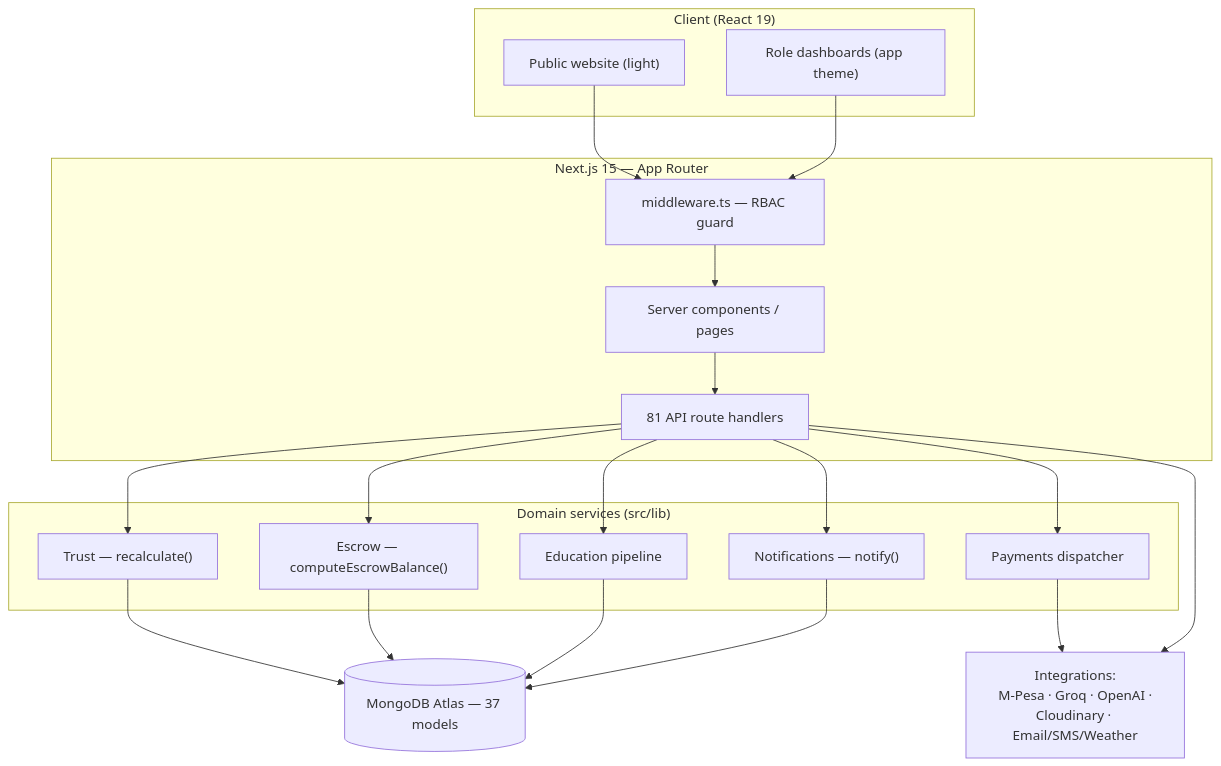
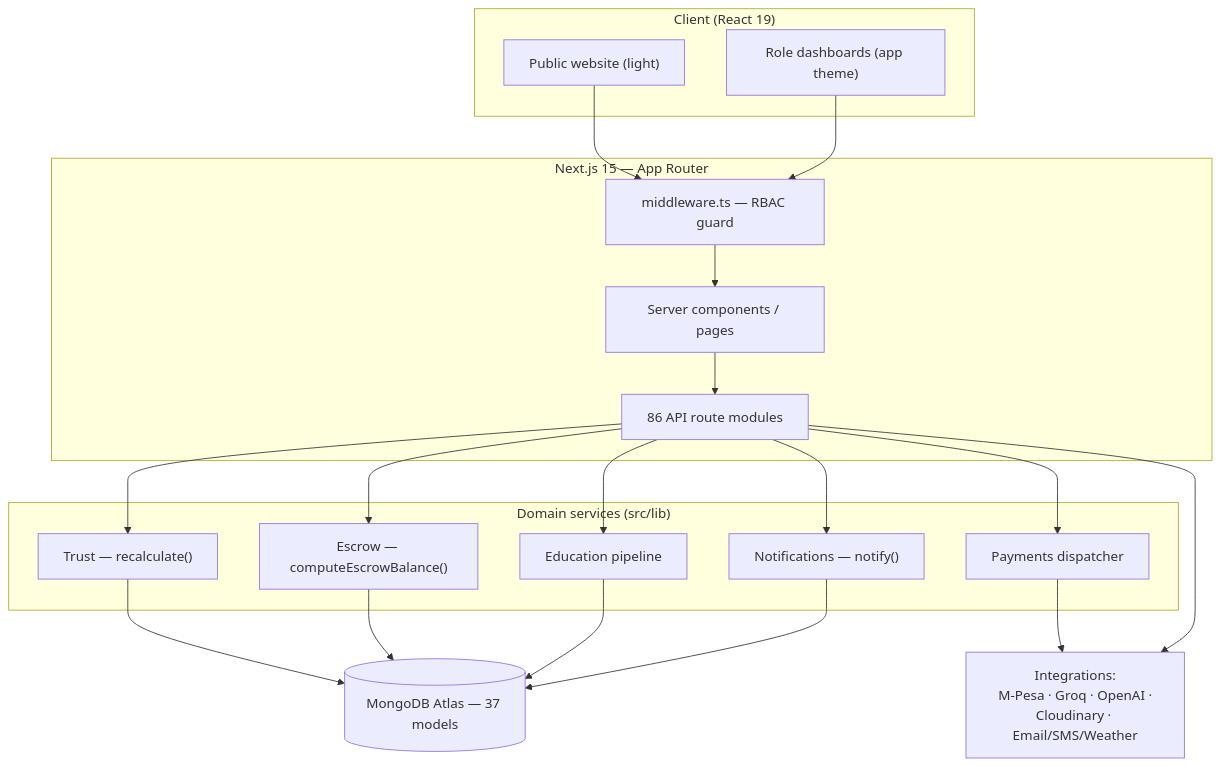
The second of 9 diagrams in docs/DIAGRAMS.md (JafarHussein/umoja-hub), drawn with Mermaid before and after one commit. The commit also changed 1 other file, not shown here.

Commit message:
docs(readme): correct drifted stats and fix SMTP env var
Audited README claims against the live codebase and updated counts that
drifted as the project grew: tests 66/719 -> 71/777 (verified via jest),
API 81 -> 86 route modules (103 handlers), pages 58 -> 60, components
60 -> 62, lib modules 102 -> 95, LOC ~48,600 -> ~52,900. Fixed env docs
referencing SENDGRID_* -> SMTP_* (Nodemailer). Same API count fixed in
docs/DIAGRAMS.md.

````diff
--- a/docs/DIAGRAMS.md
+++ b/docs/DIAGRAMS.md
@@ -36,26 +36,26 @@
 ```mermaid
 flowchart TB
   subgraph Client["Client (React 19)"]
     WEB["Public website (light)"]
     APP["Role dashboards (app theme)"]
   end
   subgraph Edge["Next.js 15 — App Router"]
     MW["middleware.ts — RBAC guard"]
     PAGES["Server components / pages"]
-    API["81 API route handlers"]
+    API["86 API route modules"]
   end
   subgraph Domain["Domain services (src/lib)"]
     TRUST["Trust — recalculate()"]
     ESCROW["Escrow — computeEscrowBalance()"]
     PAY["Payments dispatcher"]
     NOTIFY["Notifications — notify()"]
     EDU["Education pipeline"]
   end
   DB[("MongoDB Atlas — 37 models")]
   EXT["Integrations:<br/>M-Pesa · Groq · OpenAI ·<br/>Cloudinary · Email/SMS/Weather"]
   WEB & APP --> MW --> PAGES --> API
   API --> TRUST & ESCROW & PAY & NOTIFY & EDU
   TRUST & ESCROW & EDU & NOTIFY --> DB
   PAY --> EXT
   API --> EXT
 ```
````
